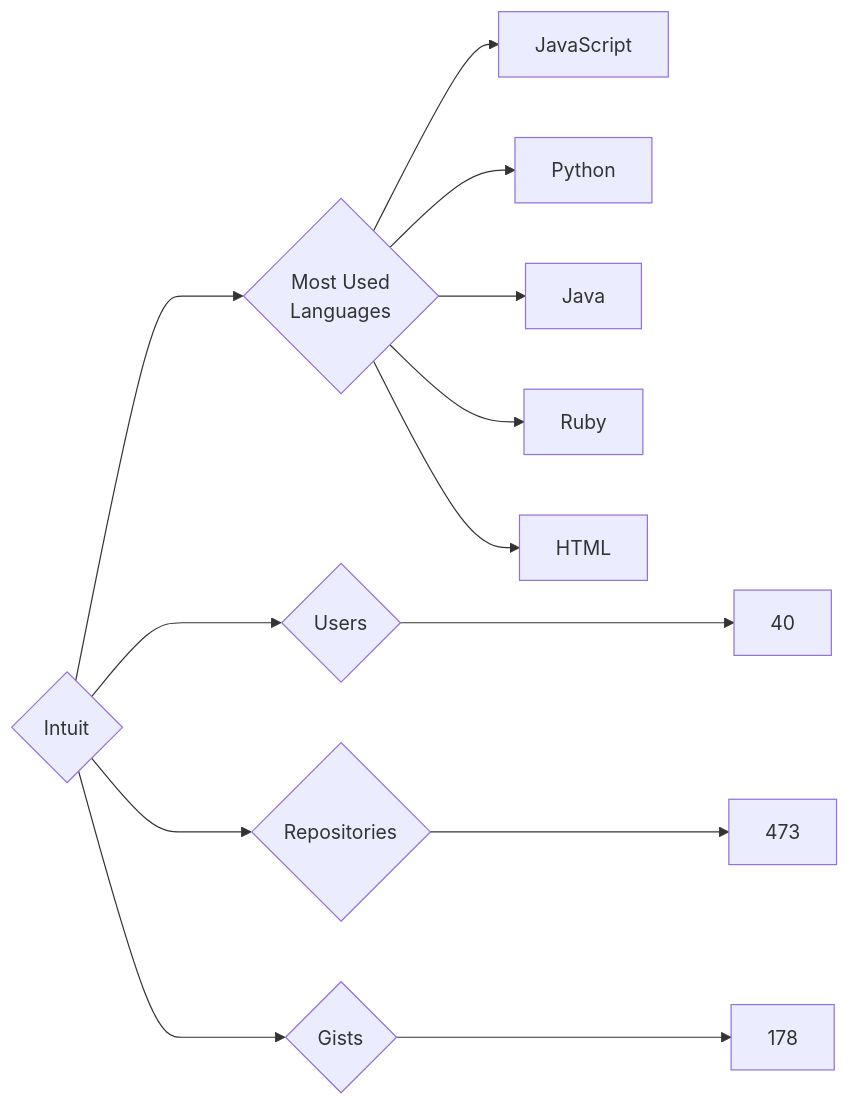
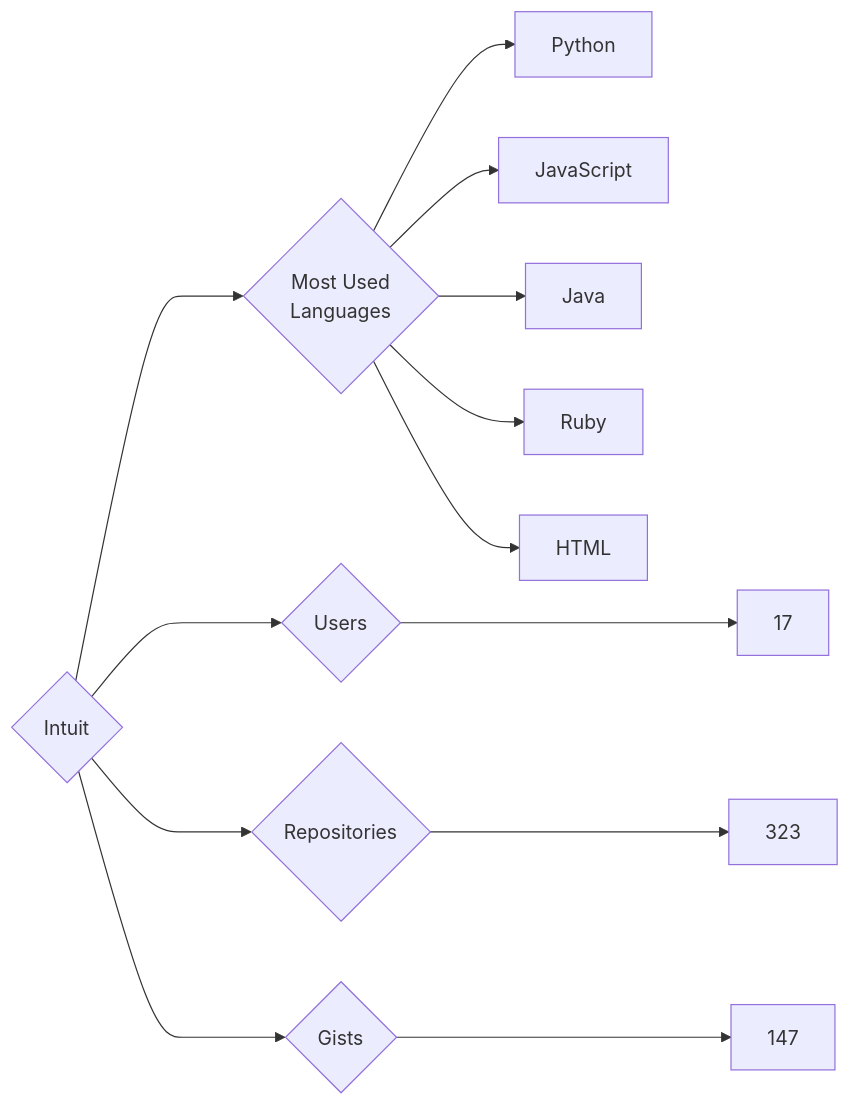
One commit to trickest/insiders changed the diagram in targets/Intuit/README.md. Above: the diagram before and after it, drawn with Mermaid. The commit also changed 900 other files, not shown here.

````diff
--- a/targets/Intuit/README.md
+++ b/targets/Intuit/README.md
@@ -3,13 +3,13 @@
 ```mermaid
 graph LR
 COMPANY_NAME{Intuit}
-COMPANY_NAME ---> U{Users} ---> UN[40]
-COMPANY_NAME ---> R{Repositories} ---> RN[473]
-COMPANY_NAME ---> G{Gists} ---> GN[178]
+COMPANY_NAME ---> U{Users} ---> UN[17]
+COMPANY_NAME ---> R{Repositories} ---> RN[323]
+COMPANY_NAME ---> G{Gists} ---> GN[147]
 COMPANY_NAME ---> ML{Most Used<br>Languages}
+ML --> Python[Python]
 ML --> JavaScript[JavaScript]
-ML --> Python[Python]
 ML --> Java[Java]
 ML --> Ruby[Ruby]
 ML --> HTML[HTML]
 ```
````
